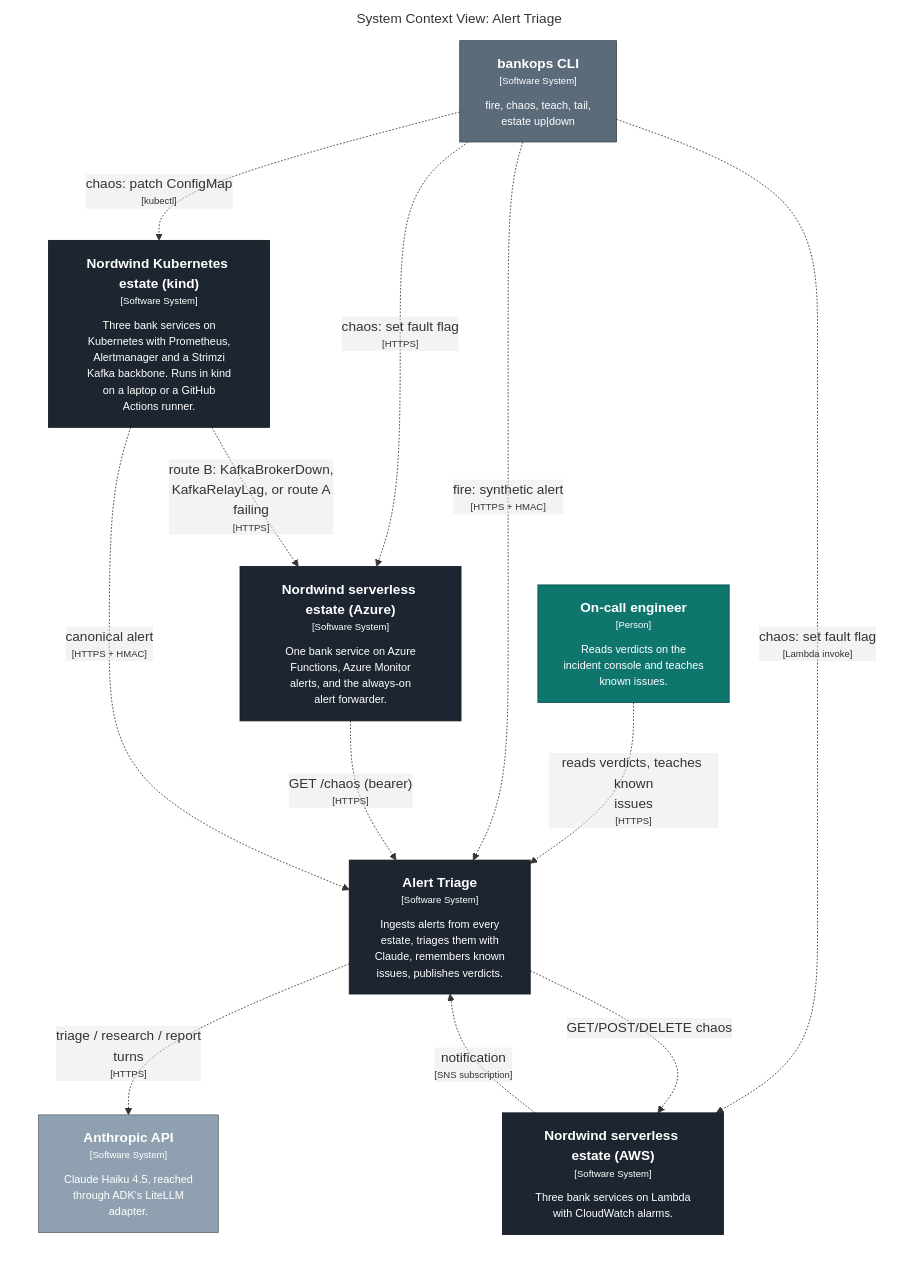
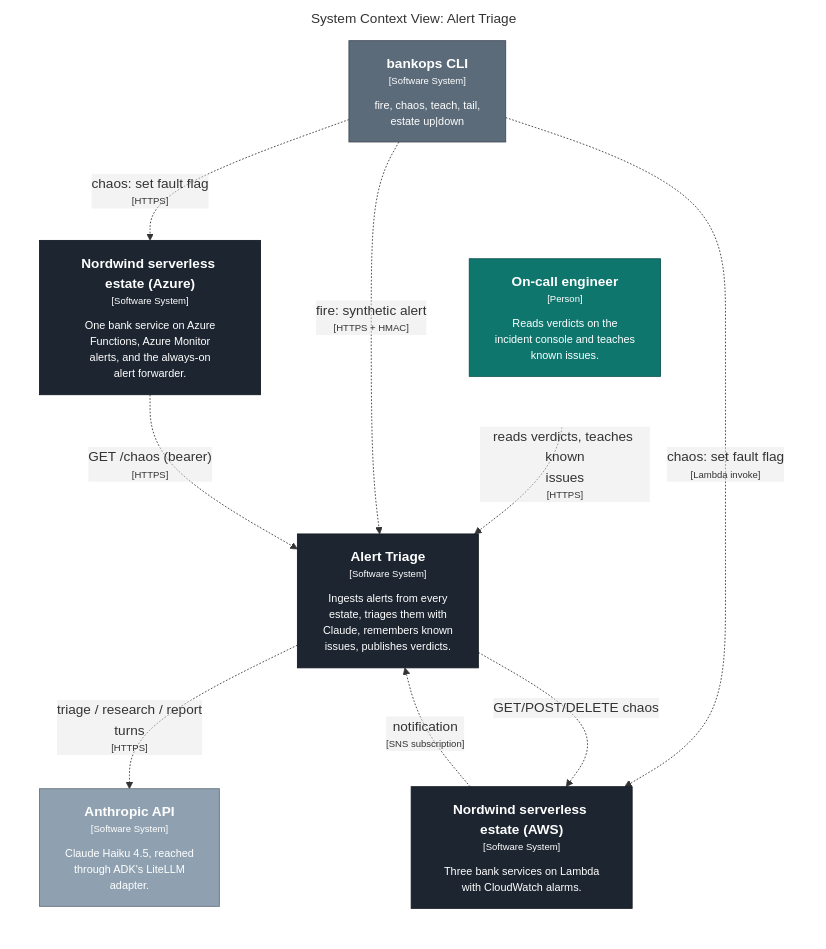
The diagram in docs/c4/generated/structurizr-context.mmd (KucherenkoSerhiy/oncall-triage), drawn with Mermaid before and after one commit. The commit also changed 30 other files, not shown here.

First line of the commit message:
feat(estate-k8s): M6b kind cluster config, task estate-up/down/status/chaos-k8s, estate scenarios + estate-demo.yml v1, kubernetes runbook, C4 kind deployment view (#61)

```diff
--- a/docs/c4/generated/structurizr-context.mmd
+++ b/docs/c4/generated/structurizr-context.mmd
@@ -1,34 +1,29 @@
 graph LR
   linkStyle default fill:#ffffff
 
   subgraph diagram ["System Context View: Alert Triage"]
     style diagram fill:#ffffff,stroke:#ffffff
 
     1["<div style='font-weight: bold'>On-call engineer</div><div style='font-size: 70%; margin-top: 0px'>[Person]</div><div style='font-size: 80%; margin-top:10px'>Reads verdicts on the<br />incident console and teaches<br />known issues.</div>"]
     style 1 fill:#0f766e,stroke:#0a524d,color:#ffffff
     20["<div style='font-weight: bold'>Nordwind serverless estate (AWS)</div><div style='font-size: 70%; margin-top: 0px'>[Software System]</div><div style='font-size: 80%; margin-top:10px'>Three bank services on Lambda<br />with CloudWatch alarms.</div>"]
     style 20 fill:#1c2530,stroke:#131921,color:#ffffff
     27["<div style='font-weight: bold'>Nordwind serverless estate (Azure)</div><div style='font-size: 70%; margin-top: 0px'>[Software System]</div><div style='font-size: 80%; margin-top:10px'>One bank service on Azure<br />Functions, Azure Monitor<br />alerts, and the always-on<br />alert forwarder.</div>"]
     style 27 fill:#1c2530,stroke:#131921,color:#ffffff
     3["<div style='font-weight: bold'>Anthropic API</div><div style='font-size: 70%; margin-top: 0px'>[Software System]</div><div style='font-size: 80%; margin-top:10px'>Claude Haiku 4.5, reached<br />through ADK's LiteLLM<br />adapter.</div>"]
     style 3 fill:#8fa1b0,stroke:#64707b,color:#ffffff
-    32["<div style='font-weight: bold'>Nordwind Kubernetes estate (kind)</div><div style='font-size: 70%; margin-top: 0px'>[Software System]</div><div style='font-size: 80%; margin-top:10px'>Three bank services on<br />Kubernetes with Prometheus,<br />Alertmanager and a Strimzi<br />Kafka backbone. Runs in kind<br />on a laptop or a GitHub<br />Actions runner.</div>"]
-    style 32 fill:#1c2530,stroke:#131921,color:#ffffff
     4["<div style='font-weight: bold'>bankops CLI</div><div style='font-size: 70%; margin-top: 0px'>[Software System]</div><div style='font-size: 80%; margin-top:10px'>fire, chaos, teach, tail,<br />estate up|down</div>"]
     style 4 fill:#5b6b7a,stroke:#3f4a55,color:#ffffff
     5["<div style='font-weight: bold'>Alert Triage</div><div style='font-size: 70%; margin-top: 0px'>[Software System]</div><div style='font-size: 80%; margin-top:10px'>Ingests alerts from every<br />estate, triages them with<br />Claude, remembers known<br />issues, publishes verdicts.</div>"]
     style 5 fill:#1c2530,stroke:#131921,color:#ffffff
 
-    5-. "<div>triage / research / report<br />turns</div><div style='font-size: 70%'>[HTTPS]</div>" .->3
     1-. "<div>reads verdicts, teaches known<br />issues</div><div style='font-size: 70%'>[HTTPS]</div>" .->5
     4-. "<div>fire: synthetic alert</div><div style='font-size: 70%'>[HTTPS + HMAC]</div>" .->5
     4-. "<div>chaos: set fault flag</div><div style='font-size: 70%'>[Lambda invoke]</div>" .->20
     4-. "<div>chaos: set fault flag</div><div style='font-size: 70%'>[HTTPS]</div>" .->27
-    4-. "<div>chaos: patch ConfigMap</div><div style='font-size: 70%'>[kubectl]</div>" .->32
     20-. "<div>notification</div><div style='font-size: 70%'>[SNS subscription]</div>" .->5
     5-. "<div>GET/POST/DELETE chaos</div><div style='font-size: 70%'></div>" .->20
     27-. "<div>GET /chaos (bearer)</div><div style='font-size: 70%'>[HTTPS]</div>" .->5
-    32-. "<div>canonical alert</div><div style='font-size: 70%'>[HTTPS + HMAC]</div>" .->5
-    32-. "<div>route B: KafkaBrokerDown,<br />KafkaRelayLag, or route A<br />failing</div><div style='font-size: 70%'>[HTTPS]</div>" .->27
+    5-. "<div>triage / research / report<br />turns</div><div style='font-size: 70%'>[HTTPS]</div>" .->3
 
   end
```
